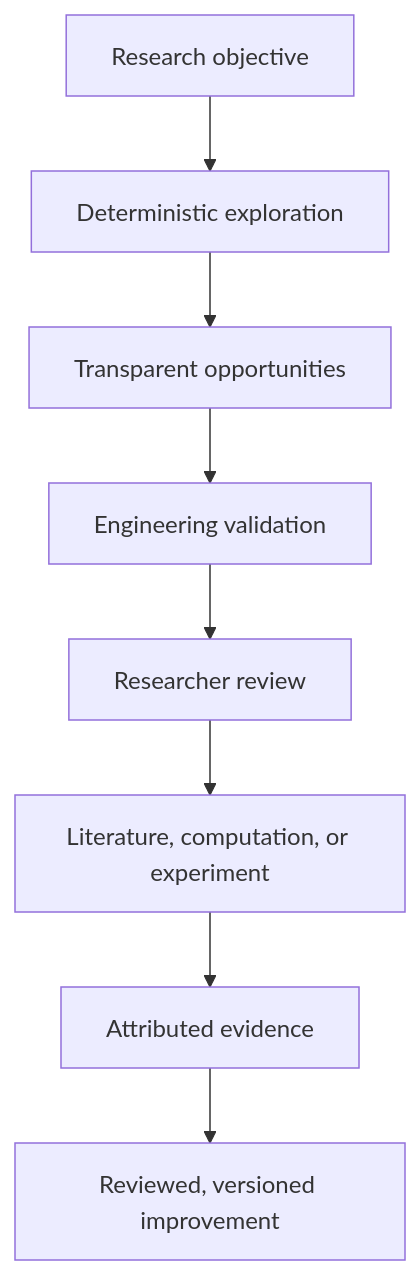
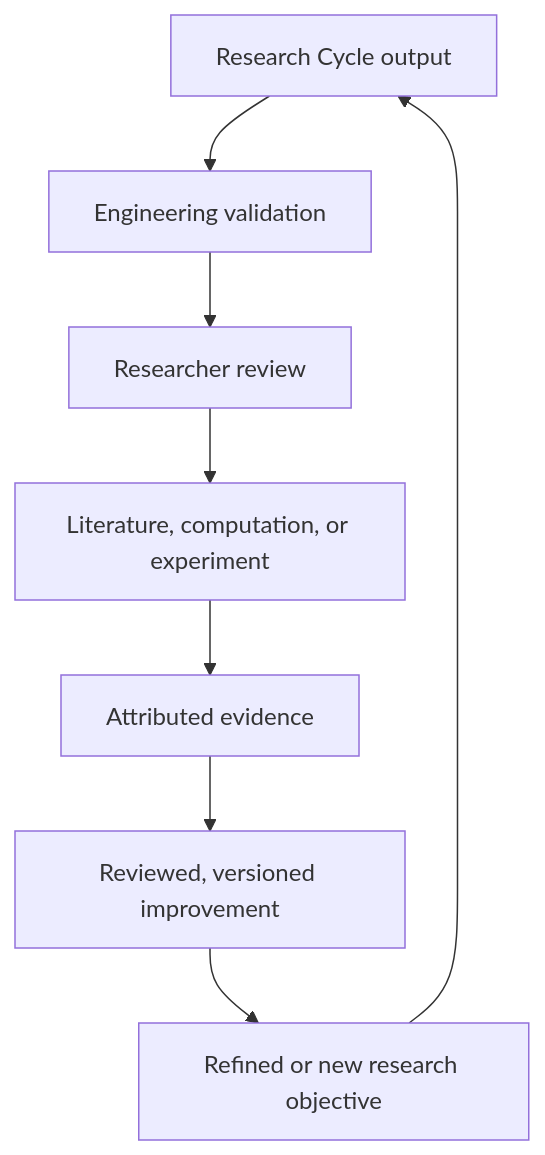
One commit to MaterialGraph/materialgraph changed the second of 2 diagrams in docs/architecture/research_architecture.md. Above: the diagram before and after it, drawn with Mermaid. The commit also changed other lines of this file and 4 other files, not shown here.

Commit message:
Define MaterialGraph Research Cycle and unify product vision

````diff
--- a/docs/architecture/research_architecture.md
+++ b/docs/architecture/research_architecture.md
@@ -17,10 +40,10 @@
 ```mermaid
 flowchart TD
-    A["Research objective"] --> B["Deterministic exploration"]
-    B --> C["Transparent opportunities"]
-    C --> D["Engineering validation"]
-    D --> E["Researcher review"]
-    E --> F["Literature, computation, or experiment"]
-    F --> G["Attributed evidence"]
-    G --> H["Reviewed, versioned improvement"]
+    A["Research Cycle output"] --> B["Engineering validation"]
+    B --> C["Researcher review"]
+    C --> D["Literature, computation, or experiment"]
+    D --> E["Attributed evidence"]
+    E --> F["Reviewed, versioned improvement"]
+    F --> G["Refined or new research objective"]
+    G --> A
 ```
````
